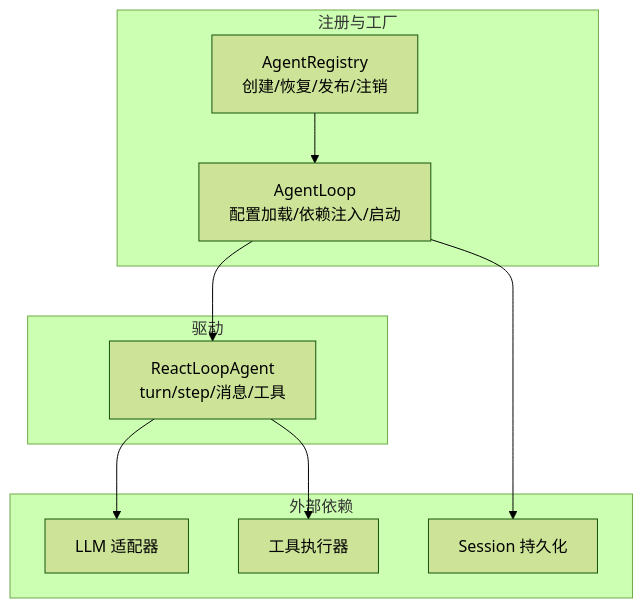
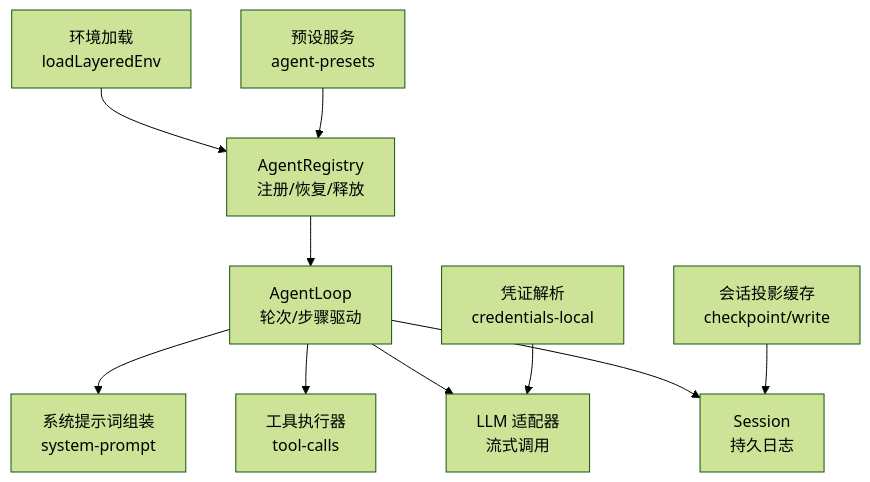
The first of 9 diagrams in .qoder/repowiki/zh/content/核心概念/Agent 生命周期.md (gongzili456/deepseek-harness), drawn with Mermaid (forest theme) before and after one commit. The commit also changed other lines of this file and 1001 other files, not shown here.

````diff
--- a/.qoder/repowiki/zh/content/核心概念/Agent 生命周期.md
+++ b/.qoder/repowiki/zh/content/核心概念/Agent 生命周期.md
@@ -35,20 +48,12 @@
 ```mermaid
 graph TB
-subgraph "注册与工厂"
-AR["AgentRegistry<br/>创建/恢复/发布/注销"]
-AL["AgentLoop<br/>配置加载/依赖注入/启动"]
-end
-subgraph "驱动"
-RL["ReactLoopAgent<br/>turn/step/消息/工具"]
-end
-subgraph "外部依赖"
-LLM["LLM 适配器"]
-TOOLS["工具执行器"]
-SESS["Session 持久化"]
-end
-AR --> AL
-AL --> RL
-RL --> LLM
-RL --> TOOLS
-AL --> SESS
+A["AgentLoop<br/>轮次/步骤驱动"] --> B["Session<br/>持久日志"]
+A --> C["LLM 适配器<br/>流式调用"]
+A --> D["工具执行器<br/>tool-calls"]
+A --> E["系统提示词组装<br/>system-prompt"]
+F["AgentRegistry<br/>注册/恢复/释放"] --> A
+G["会话投影缓存<br/>checkpoint/write"] --> B
+H["环境加载<br/>loadLayeredEnv"] --> F
+I["凭证解析<br/>credentials-local"] --> C
+J["预设服务<br/>agent-presets"] --> F
 ```
````
